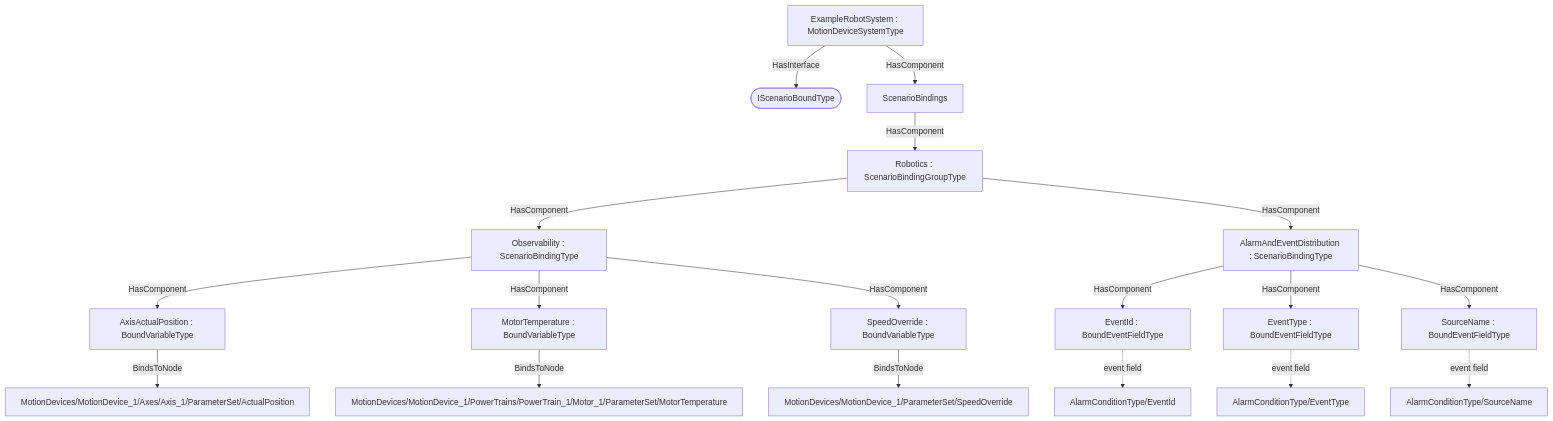
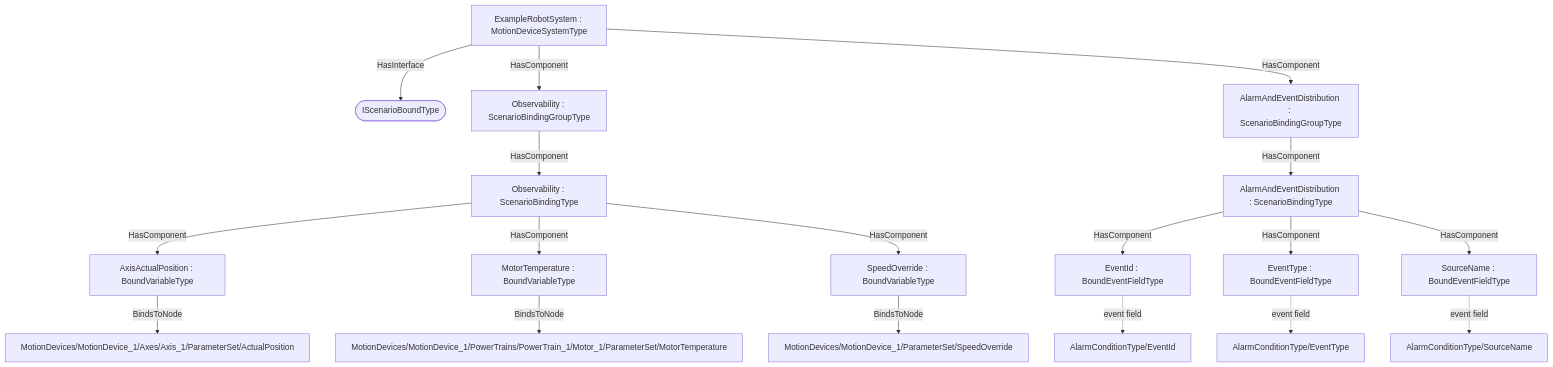
One commit to marcschier/opcua-drafts changed the second of 2 diagrams in core-specs/scenario-binding/examples/robotics/OPC-UA-Robotics-Scenario-Bindings-Addendum.md. Above: the diagram before and after it, drawn with Mermaid. The commit also changed other lines of this file and 13 other files, not shown here.

````diff
--- a/core-specs/scenario-binding/examples/robotics/OPC-UA-Robotics-Scenario-Bindings-Addendum.md
+++ b/core-specs/scenario-binding/examples/robotics/OPC-UA-Robotics-Scenario-Bindings-Addendum.md
@@ -122,21 +127,21 @@
 ```mermaid
 graph TD
   R["ExampleRobotSystem : MotionDeviceSystemType"]
   R -->|HasInterface| I([IScenarioBoundType])
-  R -->|HasComponent| SB["ScenarioBindings"]
-  SB -->|HasComponent| G["Robotics : ScenarioBindingGroupType"]
-  G -->|HasComponent| B0["Observability : ScenarioBindingType"]
+  R -->|HasComponent| G0["Observability : ScenarioBindingGroupType"]
+  G0 -->|HasComponent| B0["Observability : ScenarioBindingType"]
   B0 -->|HasComponent| IT00["AxisActualPosition : BoundVariableType"]
   IT00 -->|BindsToNode| N00["MotionDevices/MotionDevice_1/Axes/Axis_1/ParameterSet/ActualPosition"]
   B0 -->|HasComponent| IT01["MotorTemperature : BoundVariableType"]
   IT01 -->|BindsToNode| N01["MotionDevices/MotionDevice_1/PowerTrains/PowerTrain_1/Motor_1/ParameterSet/MotorTemperature"]
   B0 -->|HasComponent| IT02["SpeedOverride : BoundVariableType"]
   IT02 -->|BindsToNode| N02["MotionDevices/MotionDevice_1/ParameterSet/SpeedOverride"]
-  G -->|HasComponent| B1["AlarmAndEventDistribution : ScenarioBindingType"]
+  R -->|HasComponent| G1["AlarmAndEventDistribution : ScenarioBindingGroupType"]
+  G1 -->|HasComponent| B1["AlarmAndEventDistribution : ScenarioBindingType"]
   B1 -->|HasComponent| IT10["EventId : BoundEventFieldType"]
   IT10 -.event field.-> N10["AlarmConditionType/EventId"]
   B1 -->|HasComponent| IT11["EventType : BoundEventFieldType"]
   IT11 -.event field.-> N11["AlarmConditionType/EventType"]
   B1 -->|HasComponent| IT12["SourceName : BoundEventFieldType"]
   IT12 -.event field.-> N12["AlarmConditionType/SourceName"]
 ```
````
